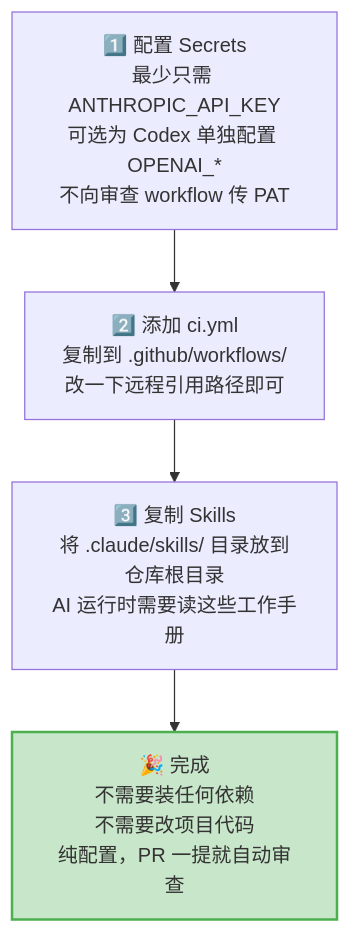
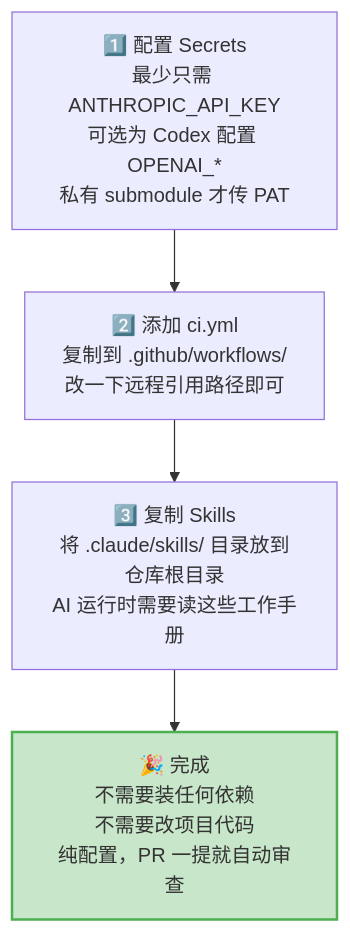
Diagram 12 of 13 in docs/code-review-design.md (Lightspeed-Intelligence/agentic-workflow-template), drawn with Mermaid before and after one commit. The commit also changed other lines of this file and 7 other files, not shown here.

````diff
--- a/docs/code-review-design.md
+++ b/docs/code-review-design.md
@@ -392,11 +393,11 @@
 ```mermaid
 flowchart TD
-    A["1️⃣ 配置 Secrets<br/>最少只需 ANTHROPIC_API_KEY<br/>可选为 Codex 单独配置 OPENAI_*<br/>不向审查 workflow 传 PAT"]
+    A["1️⃣ 配置 Secrets<br/>最少只需 ANTHROPIC_API_KEY<br/>可选为 Codex 配置 OPENAI_*<br/>私有 submodule 才传 PAT"]
     B["2️⃣ 添加 ci.yml<br/>复制到 .github/workflows/<br/>改一下远程引用路径即可"]
     C["3️⃣ 复制 Skills<br/>将 .claude/skills/ 目录放到仓库根目录<br/>AI 运行时需要读这些工作手册"]
     D["🎉 完成<br/>不需要装任何依赖<br/>不需要改项目代码<br/>纯配置，PR 一提就自动审查"]
 
     A --> B --> C --> D
 
     style D fill:#c8e6c9,stroke:#4CAF50,stroke-width:2px
 ```
````
